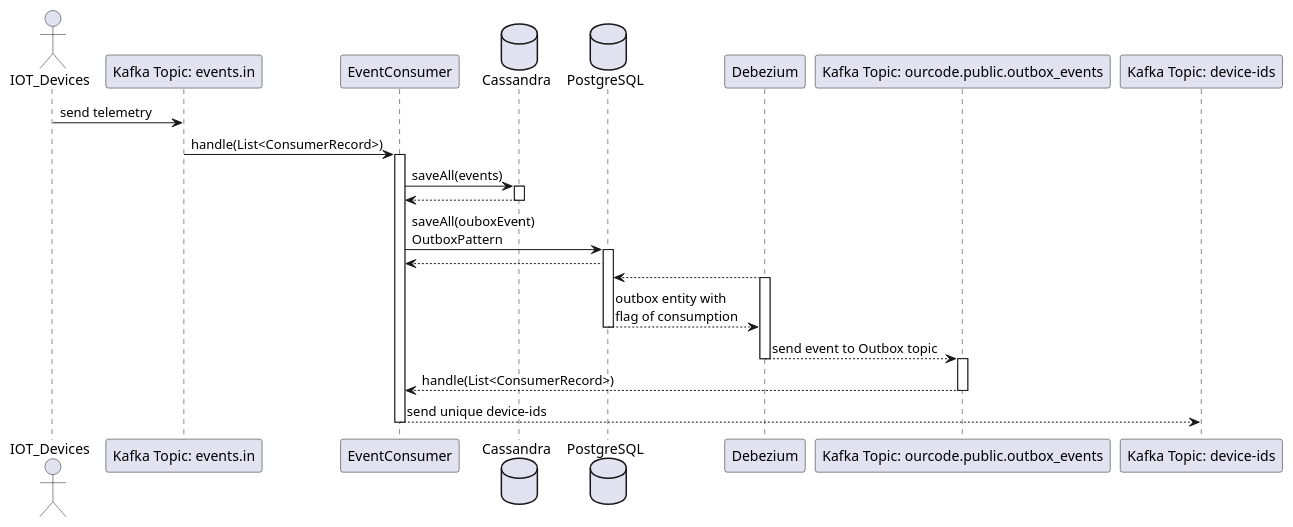
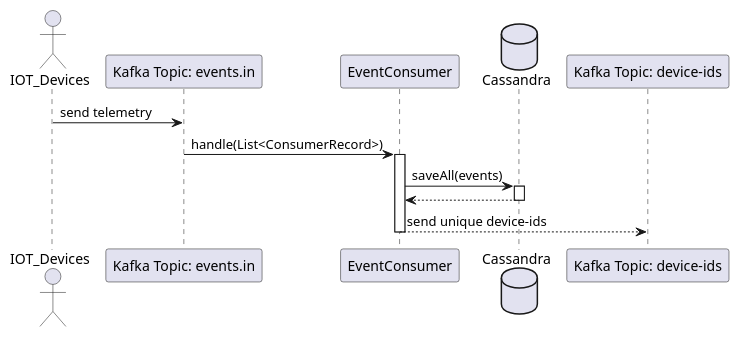
Before and after one commit to alvidediev/ourcode-iot-platform: the diagram in event-collector/diagrams/sequence.puml, drawn with PlantUML. The commit also changed 29 other files, not shown here.

```diff
--- a/event-collector/diagrams/sequence.puml
+++ b/event-collector/diagrams/sequence.puml
@@ -1,33 +1,18 @@
 @startuml
 
 actor IOT_Devices
 participant "Kafka Topic: events.in" as KTI
 participant EventConsumer
 database Cassandra
-database PostgreSQL
-participant Debezium
-participant "Kafka Topic: ourcode.public.outbox_events" as KTO
 participant "Kafka Topic: device-ids" as KTD
 
 IOT_Devices -> KTI: send telemetry
 KTI -> EventConsumer: handle(List<ConsumerRecord>)
 activate EventConsumer
 EventConsumer -> Cassandra: saveAll(events)
 activate Cassandra
 Cassandra --> EventConsumer
 deactivate Cassandra
-EventConsumer -> PostgreSQL: saveAll(ouboxEvent)\nOutboxPattern
-activate PostgreSQL
-EventConsumer <-- PostgreSQL
-Debezium --> PostgreSQL:
-activate Debezium
-PostgreSQL --> Debezium: outbox entity with\nflag of consumption
-deactivate PostgreSQL
-Debezium --> KTO: send event to Outbox topic
-deactivate Debezium
-activate KTO
-EventConsumer <-- KTO: handle(List<ConsumerRecord>)
-deactivate KTO
 EventConsumer --> KTD: send unique device-ids
 deactivate EventConsumer
 @enduml
```
